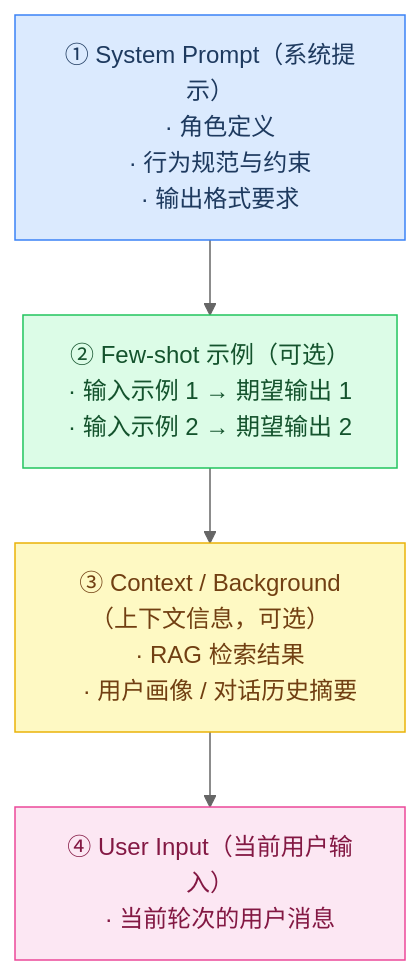
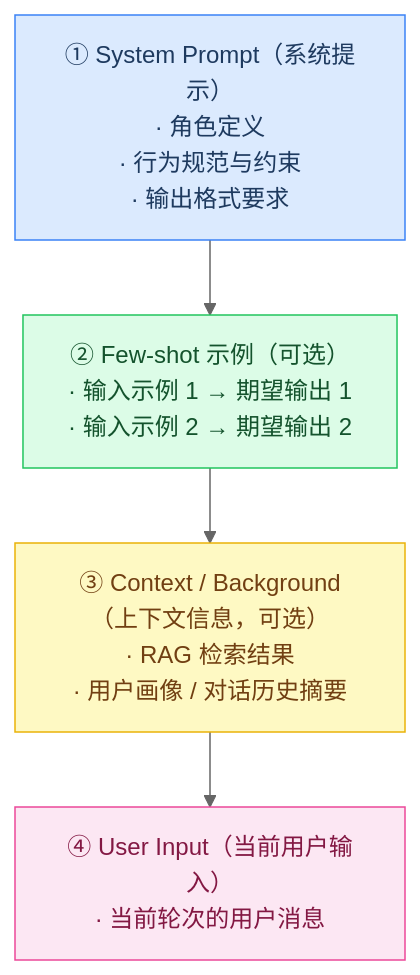
Before and after one commit to KasonLee-marker/llm-knowledge: the diagram in 02-llm-fundamentals/02-prompt-engineering.md, drawn with Mermaid (neutral theme). The commit also changed 3 other files, not shown here.

Commit message:
docs: replace \n with <br/> in Mermaid nodes; convert Context window ASCII art to Mermaid

````diff
--- a/02-llm-fundamentals/02-prompt-engineering.md
+++ b/02-llm-fundamentals/02-prompt-engineering.md
@@ -15,14 +15,14 @@
 ```mermaid
 flowchart TB
-    SP["① System Prompt（系统提示）\n   · 角色定义\n   · 行为规范与约束\n   · 输出格式要求"]
-    FS["② Few-shot 示例（可选）\n   · 输入示例 1 → 期望输出 1\n   · 输入示例 2 → 期望输出 2"]
-    CTX["③ Context / Background（上下文信息，可选）\n   · RAG 检索结果\n   · 用户画像 / 对话历史摘要"]
-    UI["④ User Input（当前用户输入）\n   · 当前轮次的用户消息"]
+    SP["① System Prompt（系统提示）<br/>· 角色定义<br/>· 行为规范与约束<br/>· 输出格式要求"]
+    FS["② Few-shot 示例（可选）<br/>· 输入示例 1 → 期望输出 1<br/>· 输入示例 2 → 期望输出 2"]
+    CTX["③ Context / Background（上下文信息，可选）<br/>· RAG 检索结果<br/>· 用户画像 / 对话历史摘要"]
+    UI["④ User Input（当前用户输入）<br/>· 当前轮次的用户消息"]
 
     SP --> FS --> CTX --> UI
 
     style SP  fill:#dbeafe,stroke:#3b82f6,color:#1e3a5f
     style FS  fill:#dcfce7,stroke:#22c55e,color:#14532d
     style CTX fill:#fef9c3,stroke:#eab308,color:#713f12
     style UI  fill:#fce7f3,stroke:#ec4899,color:#831843
 ```
````
